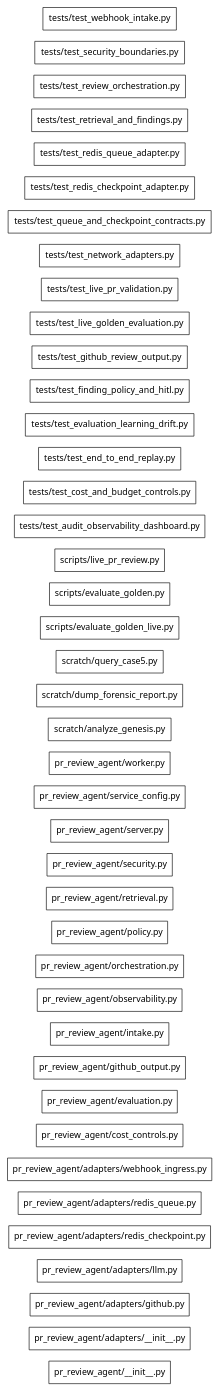
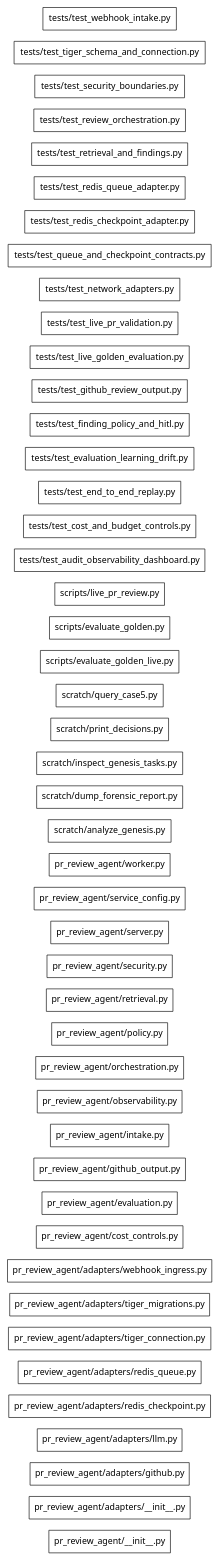
The diagram in .genesis/index/graph.dot (Ayush-Kant/PR-Review-Agent), drawn with Graphviz before and after one commit. The commit also changed 14 other files, not shown here.

Commit message:
feat(tiger): implement Tiger Cloud schema foundation and connection manager (W1-05)

```diff
--- a/.genesis/index/graph.dot
+++ b/.genesis/index/graph.dot
@@ -1,46 +1,51 @@
 digraph genesis {
   rankdir=LR;
   node [shape=box,fontname="system-ui"];
   "file:pr_review_agent/__init__.py" [label="pr_review_agent/__init__.py",class="file"];
   "file:pr_review_agent/adapters/__init__.py" [label="pr_review_agent/adapters/__init__.py",class="file"];
   "file:pr_review_agent/adapters/github.py" [label="pr_review_agent/adapters/github.py",class="file"];
   "file:pr_review_agent/adapters/llm.py" [label="pr_review_agent/adapters/llm.py",class="file"];
   "file:pr_review_agent/adapters/redis_checkpoint.py" [label="pr_review_agent/adapters/redis_checkpoint.py",class="file"];
   "file:pr_review_agent/adapters/redis_queue.py" [label="pr_review_agent/adapters/redis_queue.py",class="file"];
+  "file:pr_review_agent/adapters/tiger_connection.py" [label="pr_review_agent/adapters/tiger_connection.py",class="file"];
+  "file:pr_review_agent/adapters/tiger_migrations.py" [label="pr_review_agent/adapters/tiger_migrations.py",class="file"];
   "file:pr_review_agent/adapters/webhook_ingress.py" [label="pr_review_agent/adapters/webhook_ingress.py",class="file"];
   "file:pr_review_agent/cost_controls.py" [label="pr_review_agent/cost_controls.py",class="file"];
   "file:pr_review_agent/evaluation.py" [label="pr_review_agent/evaluation.py",class="file"];
   "file:pr_review_agent/github_output.py" [label="pr_review_agent/github_output.py",class="file"];
   "file:pr_review_agent/intake.py" [label="pr_review_agent/intake.py",class="file"];
   "file:pr_review_agent/observability.py" [label="pr_review_agent/observability.py",class="file"];
   "file:pr_review_agent/orchestration.py" [label="pr_review_agent/orchestration.py",class="file"];
   "file:pr_review_agent/policy.py" [label="pr_review_agent/policy.py",class="file"];
   "file:pr_review_agent/retrieval.py" [label="pr_review_agent/retrieval.py",class="file"];
   "file:pr_review_agent/security.py" [label="pr_review_agent/security.py",class="file"];
   "file:pr_review_agent/server.py" [label="pr_review_agent/server.py",class="file"];
   "file:pr_review_agent/service_config.py" [label="pr_review_agent/service_config.py",class="file"];
   "file:pr_review_agent/worker.py" [label="pr_review_agent/worker.py",class="file"];
   "file:scratch/analyze_genesis.py" [label="scratch/analyze_genesis.py",class="file"];
   "file:scratch/dump_forensic_report.py" [label="scratch/dump_forensic_report.py",class="file"];
+  "file:scratch/inspect_genesis_tasks.py" [label="scratch/inspect_genesis_tasks.py",class="file"];
+  "file:scratch/print_decisions.py" [label="scratch/print_decisions.py",class="file"];
   "file:scratch/query_case5.py" [label="scratch/query_case5.py",class="file"];
   "file:scripts/evaluate_golden_live.py" [label="scripts/evaluate_golden_live.py",class="file"];
   "file:scripts/evaluate_golden.py" [label="scripts/evaluate_golden.py",class="file"];
   "file:scripts/live_pr_review.py" [label="scripts/live_pr_review.py",class="file"];
   "file:tests/test_audit_observability_dashboard.py" [label="tests/test_audit_observability_dashboard.py",class="file"];
   "file:tests/test_cost_and_budget_controls.py" [label="tests/test_cost_and_budget_controls.py",class="file"];
   "file:tests/test_end_to_end_replay.py" [label="tests/test_end_to_end_replay.py",class="file"];
   "file:tests/test_evaluation_learning_drift.py" [label="tests/test_evaluation_learning_drift.py",class="file"];
   "file:tests/test_finding_policy_and_hitl.py" [label="tests/test_finding_policy_and_hitl.py",class="file"];
   "file:tests/test_github_review_output.py" [label="tests/test_github_review_output.py",class="file"];
   "file:tests/test_live_golden_evaluation.py" [label="tests/test_live_golden_evaluation.py",class="file"];
   "file:tests/test_live_pr_validation.py" [label="tests/test_live_pr_validation.py",class="file"];
   "file:tests/test_network_adapters.py" [label="tests/test_network_adapters.py",class="file"];
   "file:tests/test_queue_and_checkpoint_contracts.py" [label="tests/test_queue_and_checkpoint_contracts.py",class="file"];
   "file:tests/test_redis_checkpoint_adapter.py" [label="tests/test_redis_checkpoint_adapter.py",class="file"];
   "file:tests/test_redis_queue_adapter.py" [label="tests/test_redis_queue_adapter.py",class="file"];
   "file:tests/test_retrieval_and_findings.py" [label="tests/test_retrieval_and_findings.py",class="file"];
   "file:tests/test_review_orchestration.py" [label="tests/test_review_orchestration.py",class="file"];
   "file:tests/test_security_boundaries.py" [label="tests/test_security_boundaries.py",class="file"];
+  "file:tests/test_tiger_schema_and_connection.py" [label="tests/test_tiger_schema_and_connection.py",class="file"];
   "file:tests/test_webhook_intake.py" [label="tests/test_webhook_intake.py",class="file"];
 
 }
```
